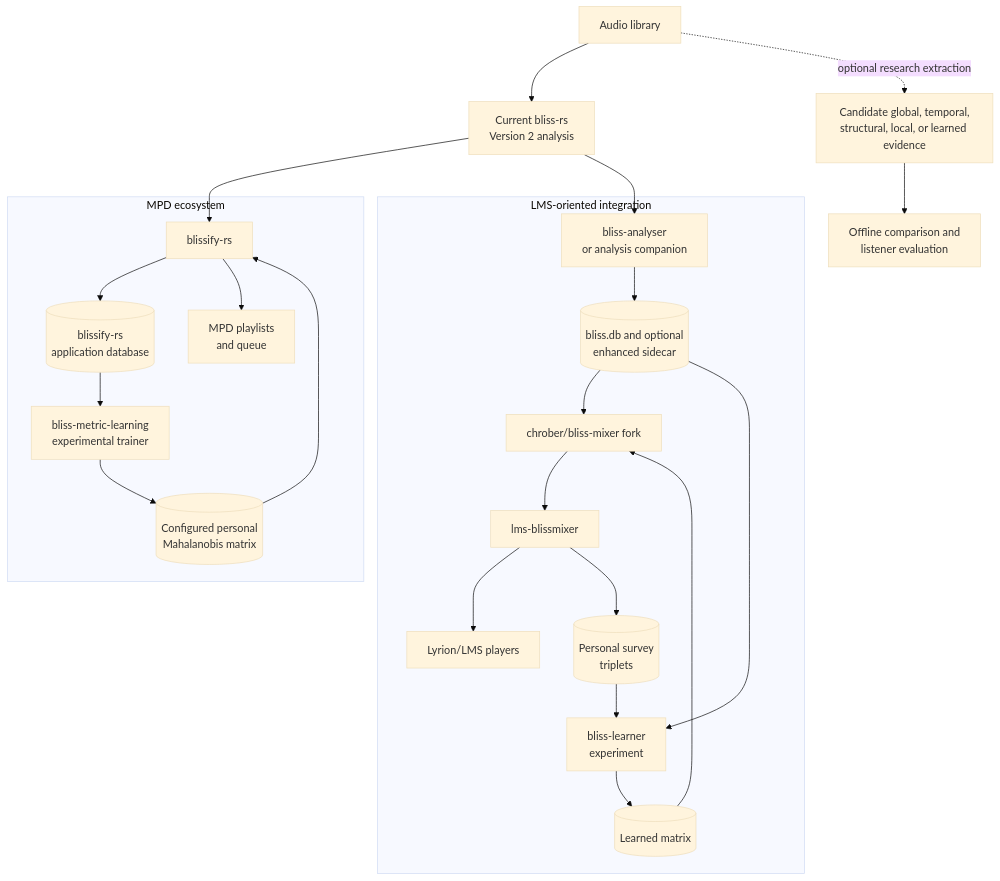
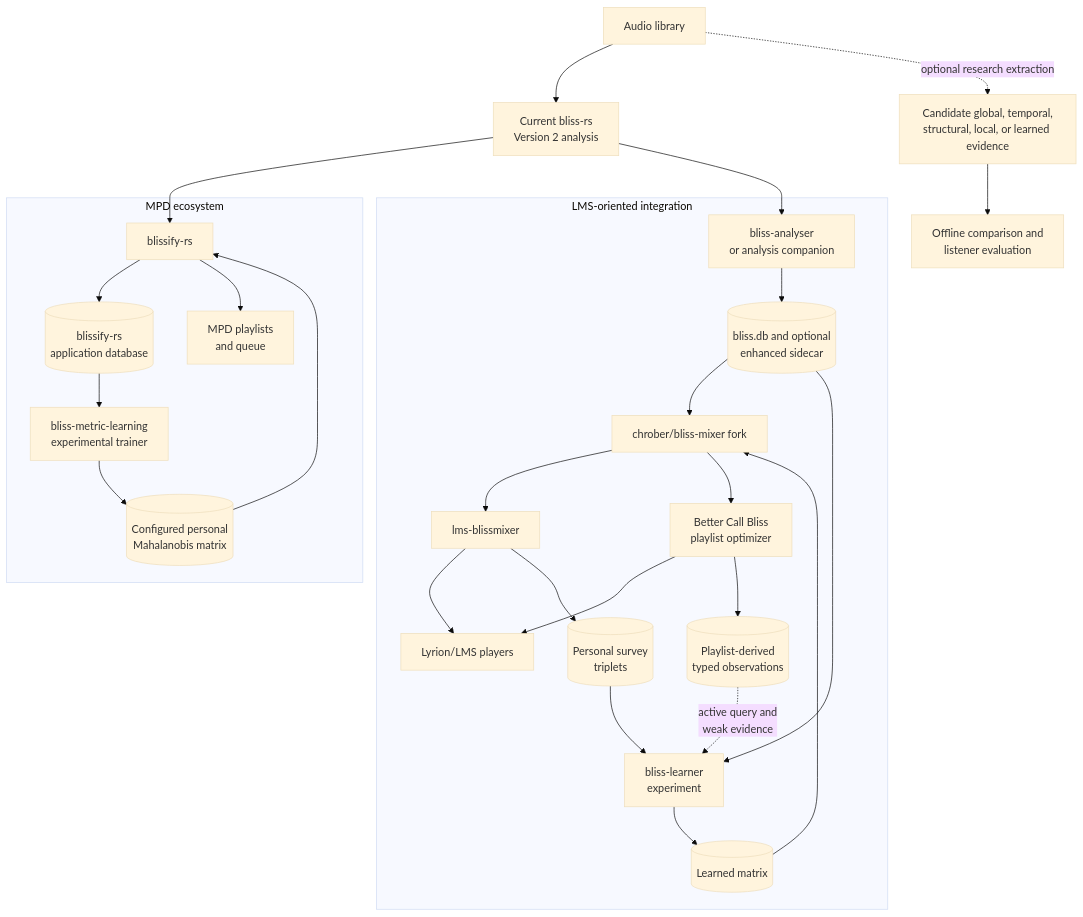
One commit to chrober/bliss-similarity-design changed the diagram in docs/integration/downstream-consumers.md. Above: the diagram before and after it, drawn with Mermaid (base theme). The commit also changed other lines of this file and 4 other files, not shown here.

Commit message:
Document playlist-derived learning signals

````diff
--- a/docs/integration/downstream-consumers.md
+++ b/docs/integration/downstream-consumers.md
@@ -18,33 +18,37 @@
 ```mermaid
 flowchart TB
     AUDIO[Audio library] --> BRS[Current bliss-rs<br/>Version 2 analysis]
 
     subgraph MPD[MPD ecosystem]
         BF[blissify-rs]
         BF --> MDB[(blissify-rs<br/>application database)]
         BF --> MQ[MPD playlists<br/>and queue]
         MDB --> BML[bliss-metric-learning<br/>experimental trainer]
         BML --> BMM[(Configured personal<br/>Mahalanobis matrix)]
         BMM --> BF
     end
 
     subgraph LMS[LMS-oriented integration]
         BA[bliss-analyser<br/>or analysis companion]
         BA --> LDB[(bliss.db and optional<br/>enhanced sidecar)]
         LDB --> MX[chrober/bliss-mixer fork]
         MX --> PLUGIN[lms-blissmixer]
+        MX --> BCB[Better Call Bliss<br/>playlist optimizer]
         PLUGIN --> PLAYER[Lyrion/LMS players]
+        BCB --> PLAYER
 
         PLUGIN --> TRIP[(Personal survey<br/>triplets)]
+        BCB --> PE[(Playlist-derived<br/>typed observations)]
         TRIP --> LEARN[bliss-learner<br/>experiment]
+        PE -. active query and<br/>weak evidence .-> LEARN
         LDB --> LEARN
         LEARN --> LM[(Learned matrix)]
         LM --> MX
     end
 
     BRS --> BF
     BRS --> BA
 
     AUDIO -. optional research extraction .-> EXP[Candidate global, temporal,<br/>structural, local, or learned evidence]
     EXP --> STUDY[Offline comparison and<br/>listener evaluation]
 ```
````
